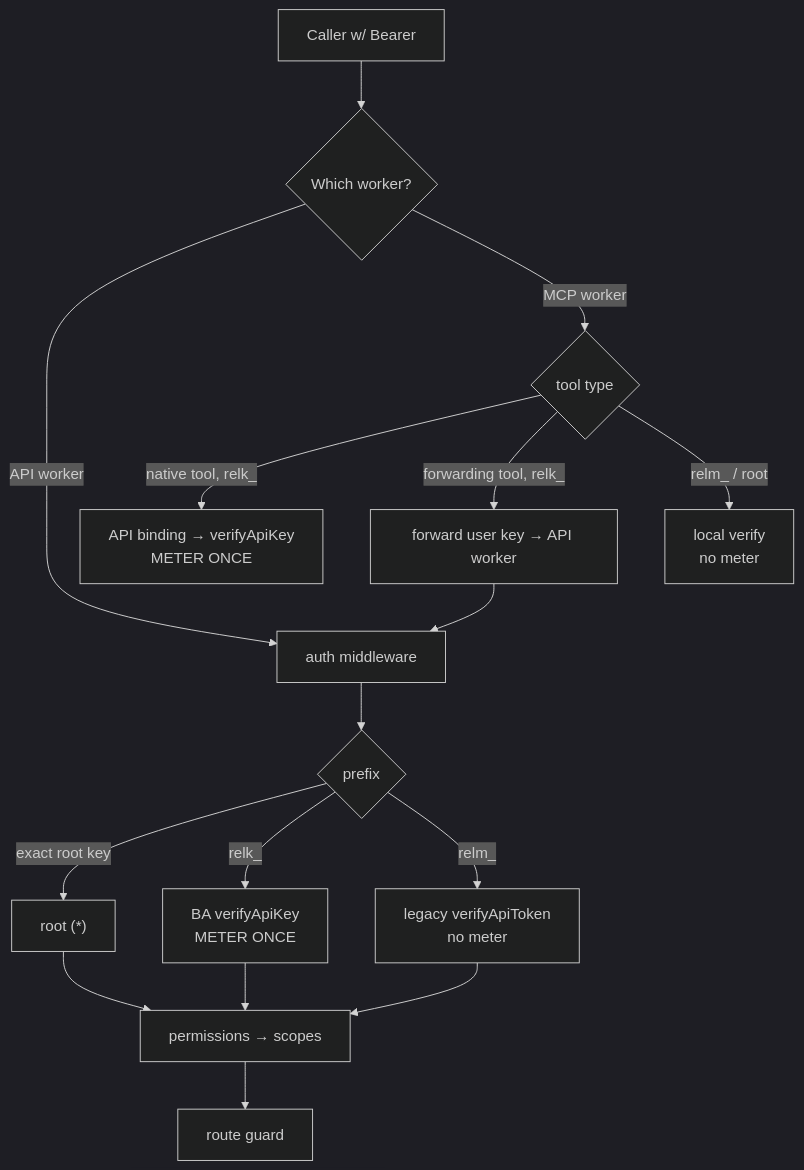
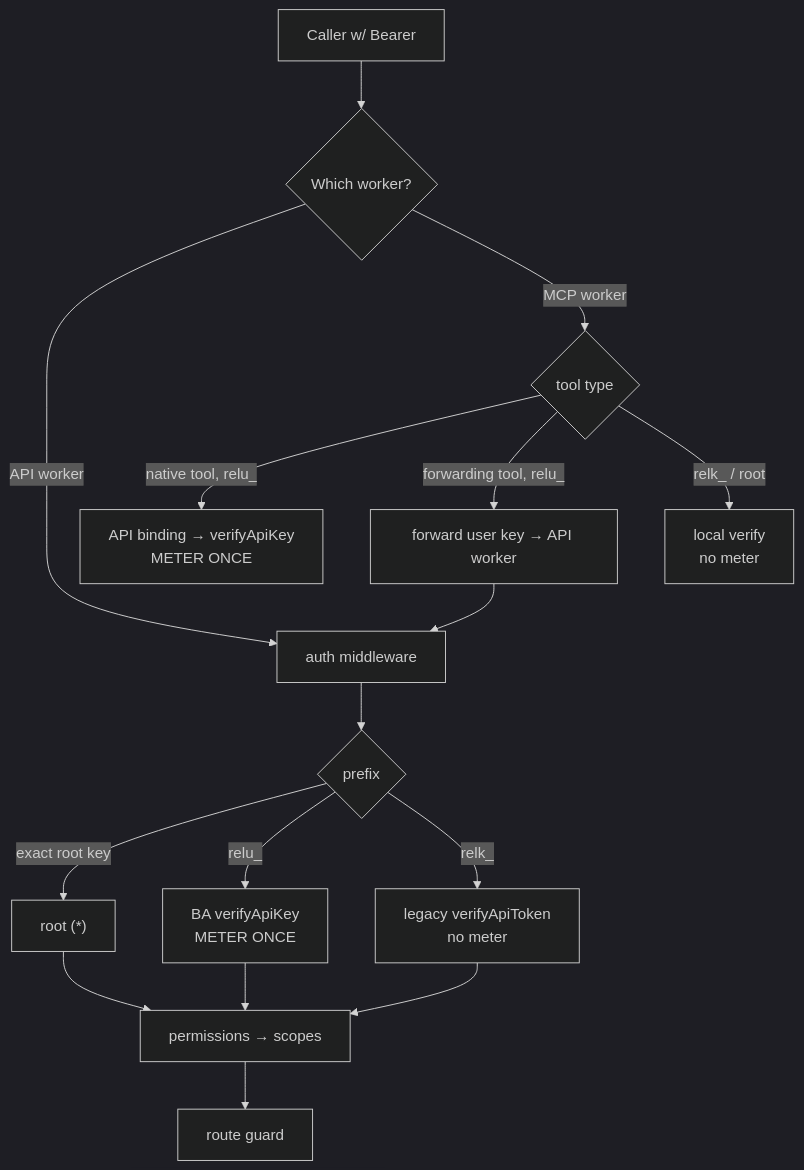
The diagram in docs/superpowers/specs/2026-06-04-better-auth-api-keys-design.md (buildinternet/releases), drawn with Mermaid (dark theme) before and after one commit. The commit also changed other lines of this file and 1 other file, not shown here.

First line of the commit message:
docs(auth): Phase 1 server-core implementation plan + relu_ prefix correction

````diff
--- a/docs/superpowers/specs/2026-06-04-better-auth-api-keys-design.md
+++ b/docs/superpowers/specs/2026-06-04-better-auth-api-keys-design.md
@@ -109,19 +108,19 @@
 ```mermaid
 flowchart TD
     C[Caller w/ Bearer] --> W{Which worker?}
 
     W -->|API worker| AM[auth middleware]
     AM --> P{prefix}
     P -->|exact root key| ROOT["root (*)"]
-    P -->|relk_| BAV["BA verifyApiKey<br/>METER ONCE"]
-    P -->|relm_| LEG["legacy verifyApiToken<br/>no meter"]
+    P -->|relu_| BAV["BA verifyApiKey<br/>METER ONCE"]
+    P -->|relk_| LEG["legacy verifyApiToken<br/>no meter"]
     BAV --> SC["permissions → scopes"]
     LEG --> SC
     ROOT --> SC --> RT[route guard]
 
     W -->|MCP worker| MT{tool type}
-    MT -->|"native tool, relk_"| BIND["API binding → verifyApiKey<br/>METER ONCE"]
-    MT -->|"forwarding tool, relk_"| FWD[forward user key → API worker]
-    MT -->|"relm_ / root"| MLOC["local verify<br/>no meter"]
+    MT -->|"native tool, relu_"| BIND["API binding → verifyApiKey<br/>METER ONCE"]
+    MT -->|"forwarding tool, relu_"| FWD[forward user key → API worker]
+    MT -->|"relk_ / root"| MLOC["local verify<br/>no meter"]
     FWD --> AM
 ```
````
